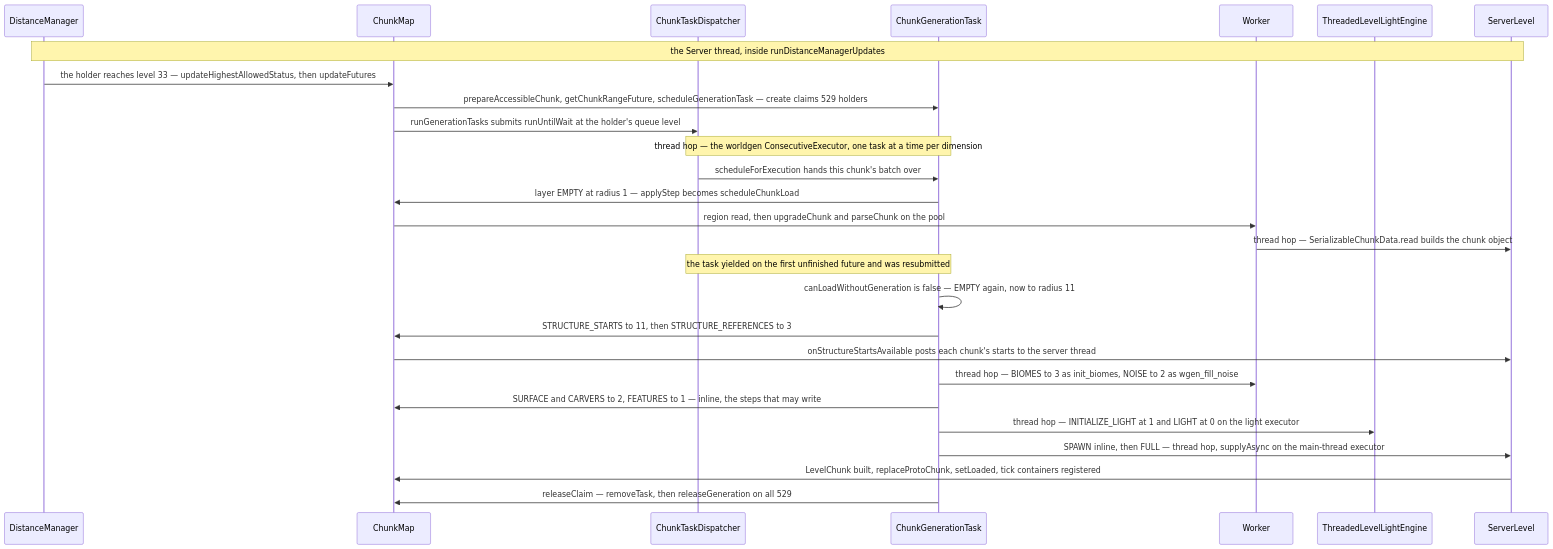
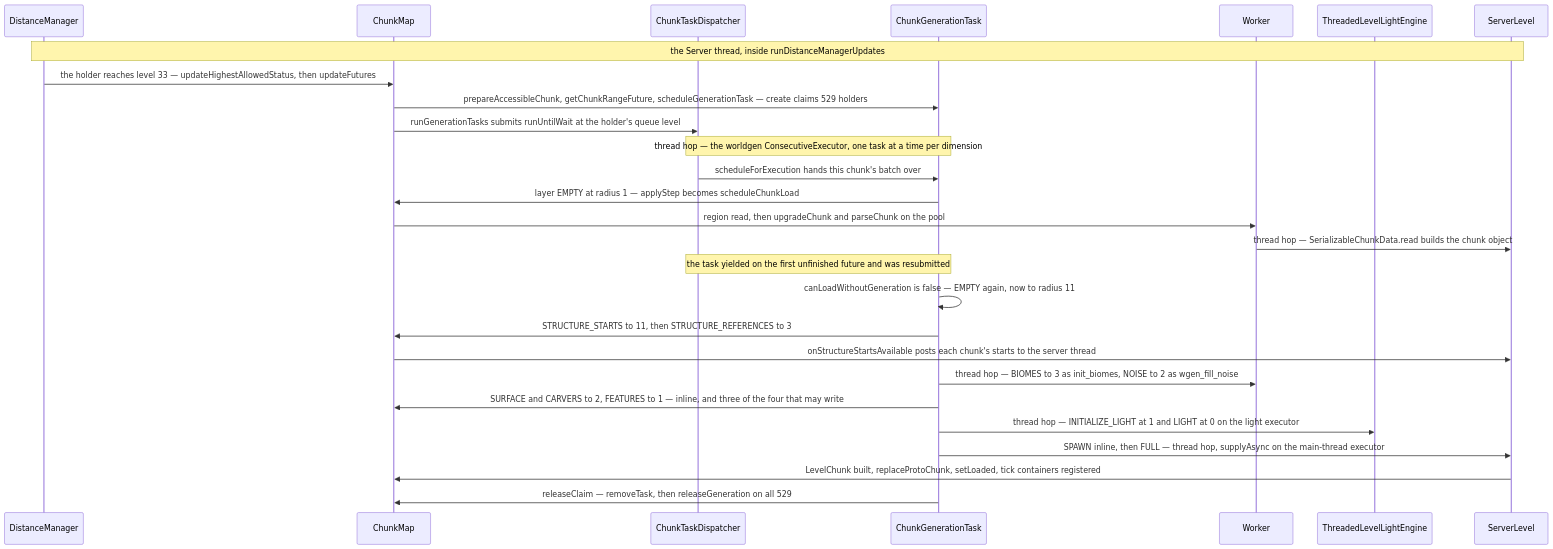
One commit to AlexanderjFraser/MinecraftDocs changed the second of 2 diagrams in src/systems/world/chunk-generation-pipeline.md. Above: the diagram before and after it, drawn with Mermaid. The commit also changed other lines of this file and 21 other files, not shown here.

````diff
--- a/src/systems/world/chunk-generation-pipeline.md
+++ b/src/systems/world/chunk-generation-pipeline.md
@@ -363,30 +384,30 @@
 ```mermaid
 sequenceDiagram
     participant DM as DistanceManager
     participant CM as ChunkMap
     participant CTD as ChunkTaskDispatcher
     participant CGT as ChunkGenerationTask
     participant Worker as Worker
     participant TLE as ThreadedLevelLightEngine
     participant SL as ServerLevel
 
     Note over DM,SL: the Server thread, inside runDistanceManagerUpdates
     DM->>CM: the holder reaches level 33 — updateHighestAllowedStatus, then updateFutures
     CM->>CGT: prepareAccessibleChunk, getChunkRangeFuture, scheduleGenerationTask — create claims 529 holders
     CM->>CTD: runGenerationTasks submits runUntilWait at the holder's queue level
     Note over CTD,CGT: thread hop — the worldgen ConsecutiveExecutor, one task at a time per dimension
     CTD->>CGT: scheduleForExecution hands this chunk's batch over
     CGT->>CM: layer EMPTY at radius 1 — applyStep becomes scheduleChunkLoad
     CM->>Worker: region read, then upgradeChunk and parseChunk on the pool
     Worker->>SL: thread hop — SerializableChunkData.read builds the chunk object
     Note over CTD,CGT: the task yielded on the first unfinished future and was resubmitted
     CGT->>CGT: canLoadWithoutGeneration is false — EMPTY again, now to radius 11
     CGT->>CM: STRUCTURE_STARTS to 11, then STRUCTURE_REFERENCES to 3
     CM->>SL: onStructureStartsAvailable posts each chunk's starts to the server thread
     CGT->>Worker: thread hop — BIOMES to 3 as init_biomes, NOISE to 2 as wgen_fill_noise
-    CGT->>CM: SURFACE and CARVERS to 2, FEATURES to 1 — inline, the steps that may write
+    CGT->>CM: SURFACE and CARVERS to 2, FEATURES to 1 — inline, and three of the four that may write
     CGT->>TLE: thread hop — INITIALIZE_LIGHT at 1 and LIGHT at 0 on the light executor
     CGT->>SL: SPAWN inline, then FULL — thread hop, supplyAsync on the main-thread executor
     SL->>CM: LevelChunk built, replaceProtoChunk, setLoaded, tick containers registered
     CGT->>CM: releaseClaim — removeTask, then releaseGeneration on all 529
 ```
````
